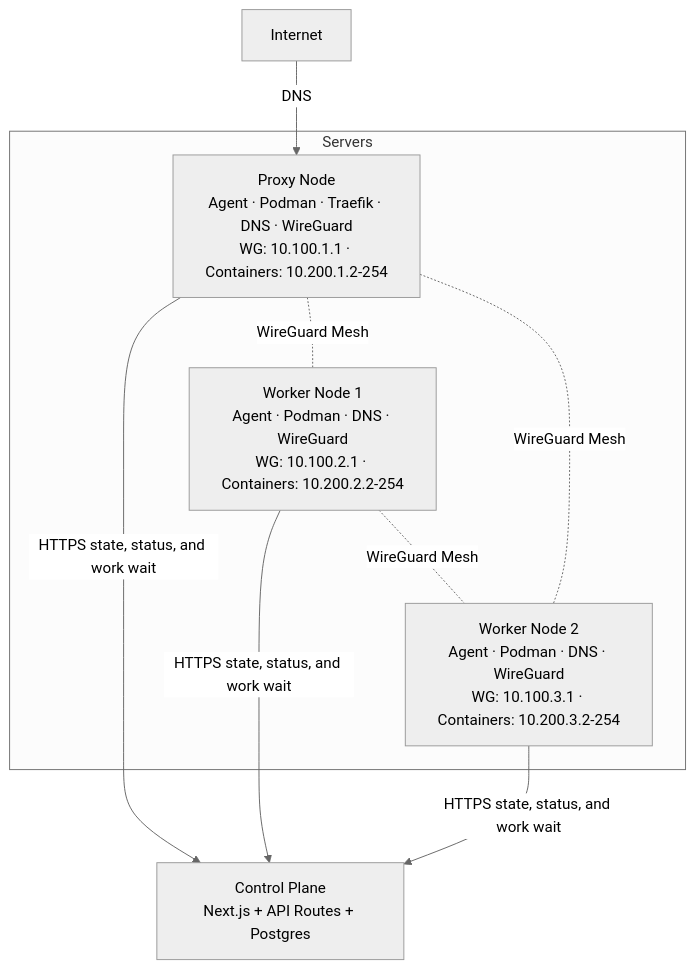
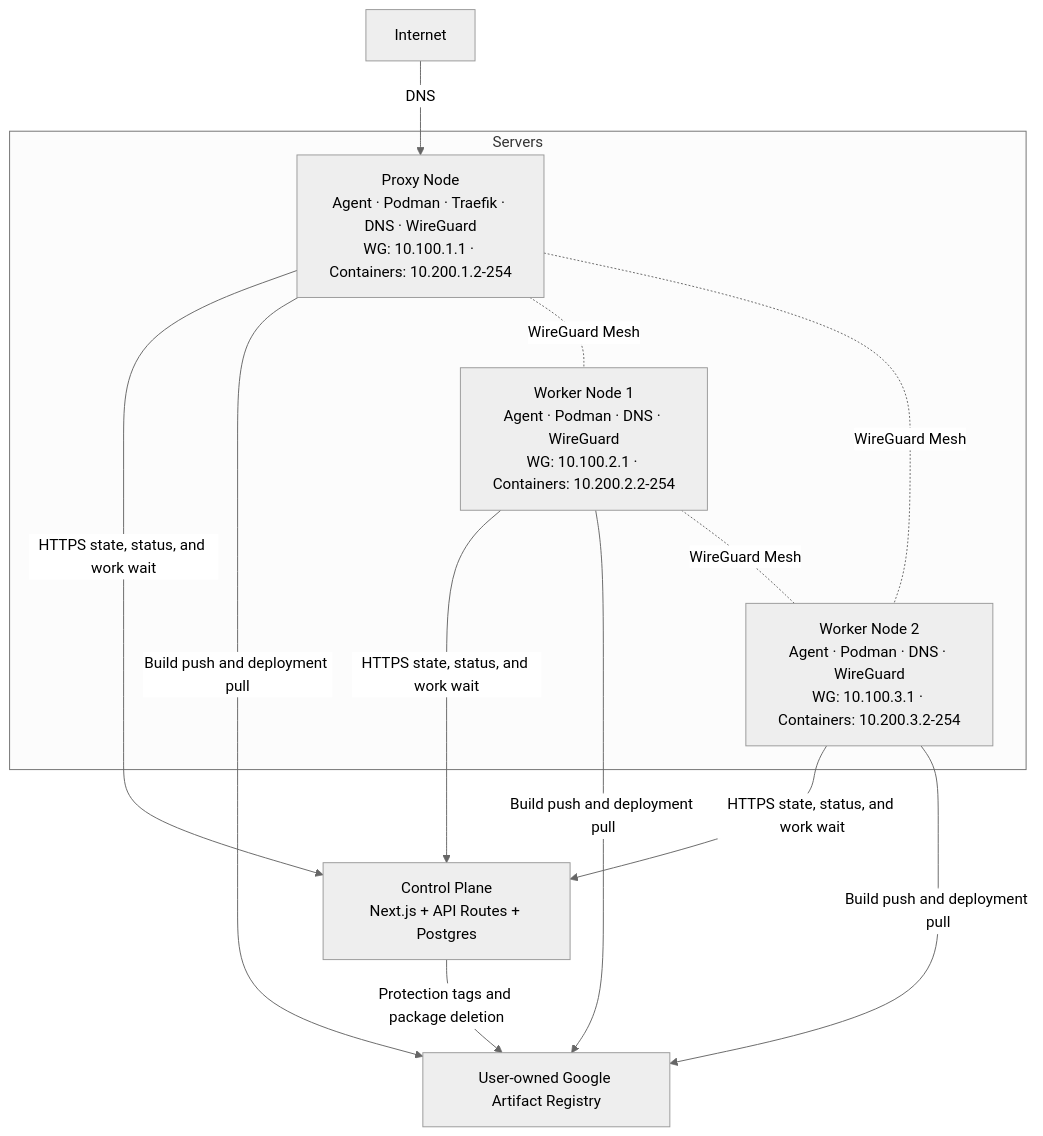
The first of 3 diagrams in docs/architecture.mdx (techulus/cloud), drawn with Mermaid (neutral theme) before and after one commit. The commit also changed other lines of this file and 51 other files, not shown here.

First line of the commit message:
Replace bundled registry with user-owned Google Artifact Registry

````diff
--- a/docs/architecture.mdx
+++ b/docs/architecture.mdx
@@ -42,18 +43,23 @@
 ```mermaid
 graph TD
     Internet["Internet"] -->|"DNS"| P1
 
     CP["Control Plane<br/>Next.js + API Routes + Postgres"]
+    GAR["User-owned Google Artifact Registry"]
     P1 -->|"HTTPS state, status, and work wait"| CP
     W1 -->|"HTTPS state, status, and work wait"| CP
     W2 -->|"HTTPS state, status, and work wait"| CP
+    CP -->|"Protection tags and package deletion"| GAR
+    P1 -->|"Build push and deployment pull"| GAR
+    W1 -->|"Build push and deployment pull"| GAR
+    W2 -->|"Build push and deployment pull"| GAR
 
     subgraph Servers
         P1["Proxy Node<br/>Agent · Podman · Traefik · DNS · WireGuard<br/>WG: 10.100.1.1 · Containers: 10.200.1.2-254"]
         W1["Worker Node 1<br/>Agent · Podman · DNS · WireGuard<br/>WG: 10.100.2.1 · Containers: 10.200.2.2-254"]
         W2["Worker Node 2<br/>Agent · Podman · DNS · WireGuard<br/>WG: 10.100.3.1 · Containers: 10.200.3.2-254"]
         P1 -. "WireGuard Mesh" .- W1
         P1 -. "WireGuard Mesh" .- W2
         W1 -. "WireGuard Mesh" .- W2
     end
 ```
````
